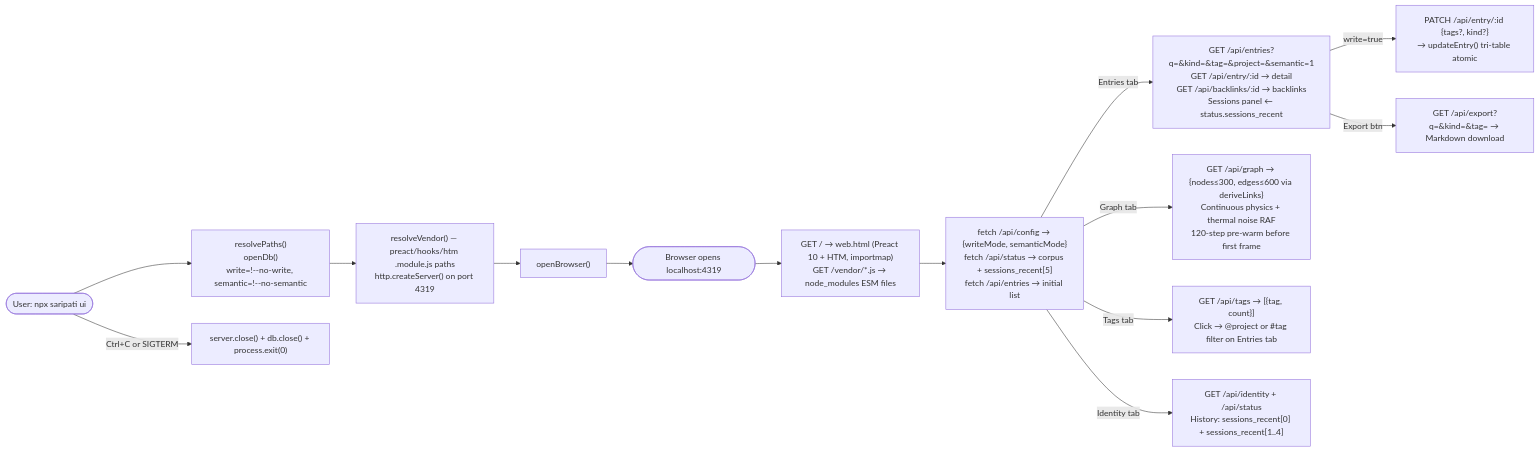
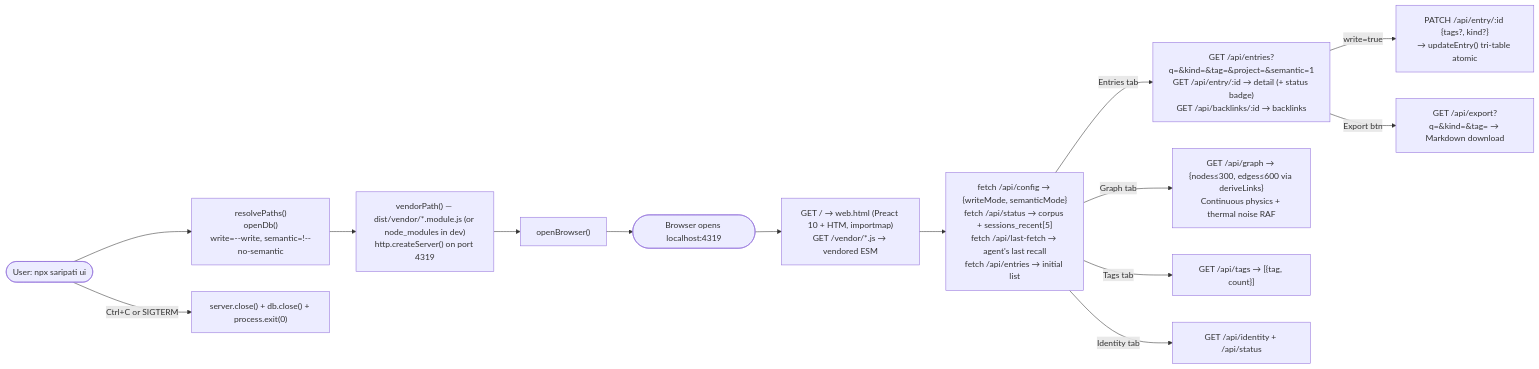
The ninth of 9 diagrams in docs/lifecycle.md (kyouscireul/saripati), drawn with Mermaid before and after one commit. The commit also changed other lines of this file and 42 other files, not shown here.

````diff
--- a/docs/lifecycle.md
+++ b/docs/lifecycle.md
@@ -283,18 +239,18 @@
 ```mermaid
 flowchart LR
-    A([User: npx saripati ui]) --> B["resolvePaths()\nopenDb()\nwrite=!--no-write, semantic=!--no-semantic"]
-    B --> C["resolveVendor() — preact/hooks/htm .module.js paths\nhttp.createServer() on port 4319"]
+    A([User: npx saripati ui]) --> B["resolvePaths()\nopenDb()\nwrite=--write, semantic=!--no-semantic"]
+    B --> C["vendorPath() — dist/vendor/*.module.js (or node_modules in dev)\nhttp.createServer() on port 4319"]
     C --> D["openBrowser()"]
     D --> E([Browser opens localhost:4319])
-    E --> F["GET / → web.html (Preact 10 + HTM, importmap)\nGET /vendor/*.js → node_modules ESM files"]
-    F --> G["fetch /api/config → {writeMode, semanticMode}\nfetch /api/status → corpus + sessions_recent[5]\nfetch /api/entries → initial list"]
+    E --> F["GET / → web.html (Preact 10 + HTM, importmap)\nGET /vendor/*.js → vendored ESM"]
+    F --> G["fetch /api/config → {writeMode, semanticMode}\nfetch /api/status → corpus + sessions_recent[5]\nfetch /api/last-fetch → agent's last recall\nfetch /api/entries → initial list"]
 
-    G -->|Entries tab| H["GET /api/entries?q=&kind=&tag=&project=&semantic=1\nGET /api/entry/:id → detail\nGET /api/backlinks/:id → backlinks\nSessions panel ← status.sessions_recent"]
-    G -->|Graph tab| I["GET /api/graph → {nodes≤300, edges≤600 via deriveLinks}\nContinuous physics + thermal noise RAF\n120-step pre-warm before first frame"]
-    G -->|Tags tab| J["GET /api/tags → [{tag, count}]\nClick → @project or #tag filter on Entries tab"]
-    G -->|Identity tab| K["GET /api/identity + /api/status\nHistory: sessions_recent[0] + sessions_recent[1..4]"]
+    G -->|Entries tab| H["GET /api/entries?q=&kind=&tag=&project=&semantic=1\nGET /api/entry/:id → detail (+ status badge)\nGET /api/backlinks/:id → backlinks"]
+    G -->|Graph tab| I["GET /api/graph → {nodes≤300, edges≤600 via deriveLinks}\nContinuous physics + thermal noise RAF"]
+    G -->|Tags tab| J["GET /api/tags → [{tag, count}]"]
+    G -->|Identity tab| K["GET /api/identity + /api/status"]
 
     H -->|write=true| L["PATCH /api/entry/:id {tags?, kind?}\n→ updateEntry() tri-table atomic"]
     H -->|Export btn| M["GET /api/export?q=&kind=&tag= → Markdown download"]
     A -->|Ctrl+C or SIGTERM| N["server.close() + db.close() + process.exit(0)"]
 ```
````
